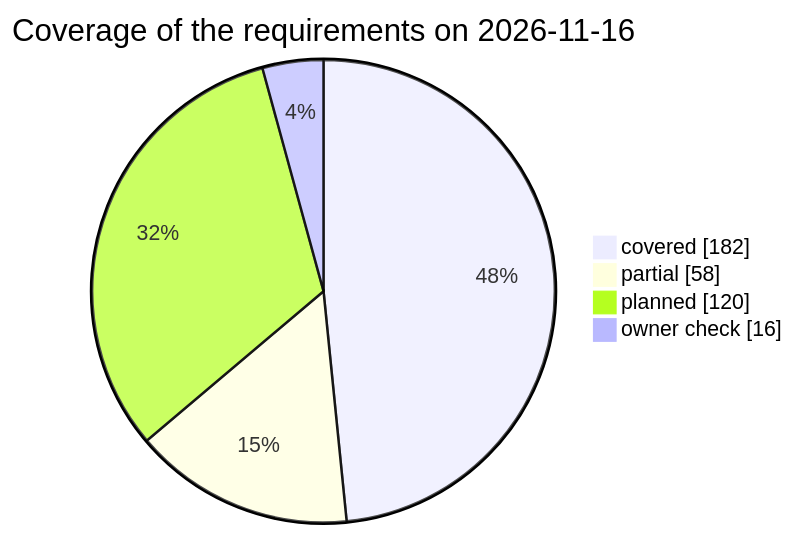
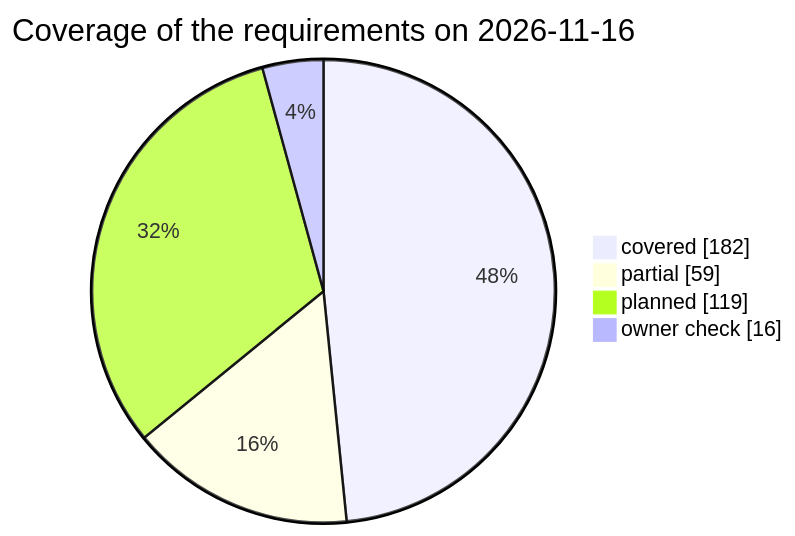
The third of 3 diagrams in docs/test-plan.md (qa-io-vn/fnb-manager), drawn with Mermaid before and after one commit. The commit also changed other lines of this file and 12 other files, not shown here.

````diff
--- a/docs/test-plan.md
+++ b/docs/test-plan.md
@@ -861,8 +863,8 @@
 ```mermaid
 pie showData
     title Coverage of the requirements on 2026-11-16
     "covered" : 182
-    "partial" : 58
-    "planned" : 120
+    "partial" : 59
+    "planned" : 119
     "owner check" : 16
 ```
````
